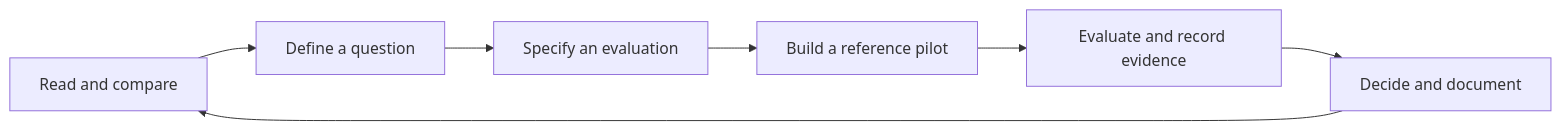
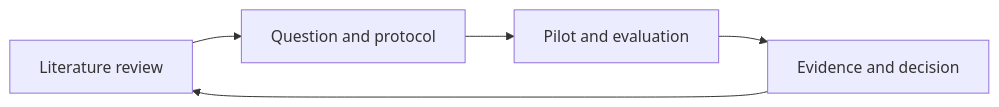
One commit to jairzinhosantos/thinking-harness changed the diagram in README.md. Above: the diagram before and after it, drawn with Mermaid.

Commit message:
docs: simplify the README research diagram

````diff
--- a/README.md
+++ b/README.md
@@ -34,9 +34,7 @@
 ```mermaid
 flowchart LR
-    L[Read and compare] --> Q[Define a question]
-    Q --> P[Specify an evaluation]
-    P --> B[Build a reference pilot]
-    B --> E[Evaluate and record evidence]
-    E --> D[Decide and document]
+    L[Literature review] --> P[Question and protocol]
+    P --> E[Pilot and evaluation]
+    E --> D[Evidence and decision]
     D --> L
 ```
````
